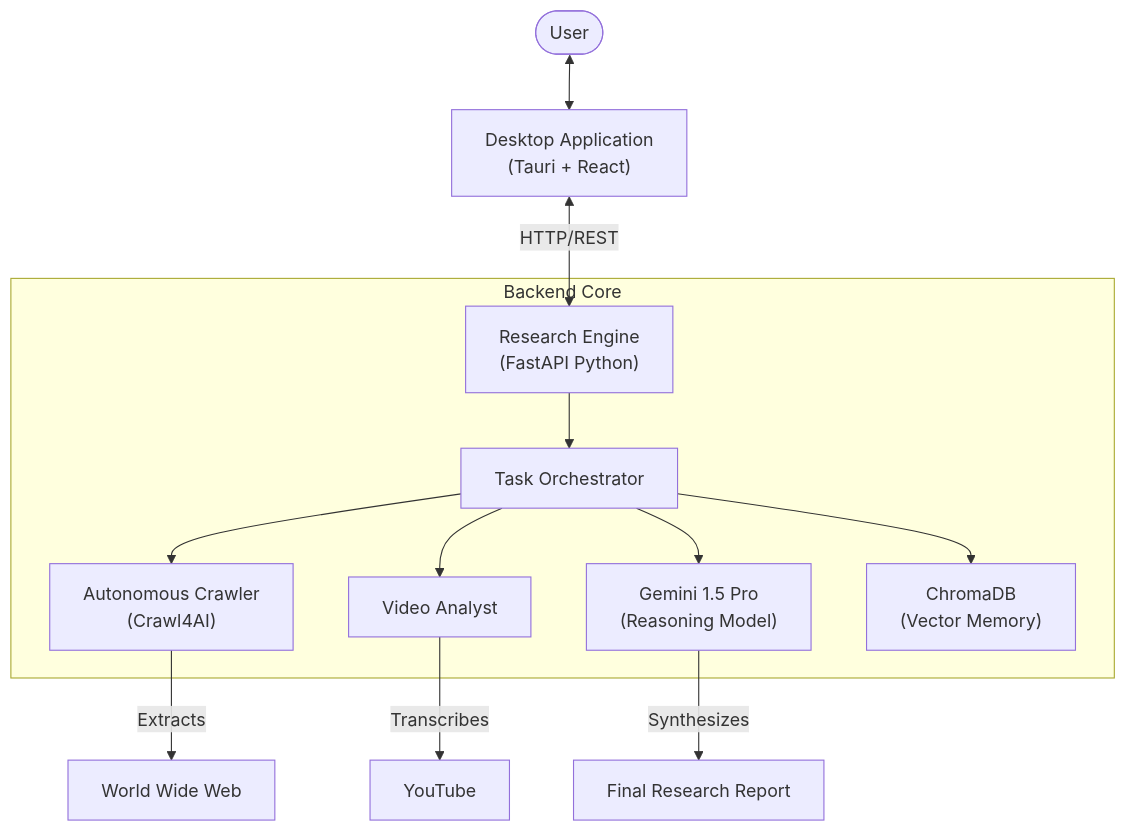
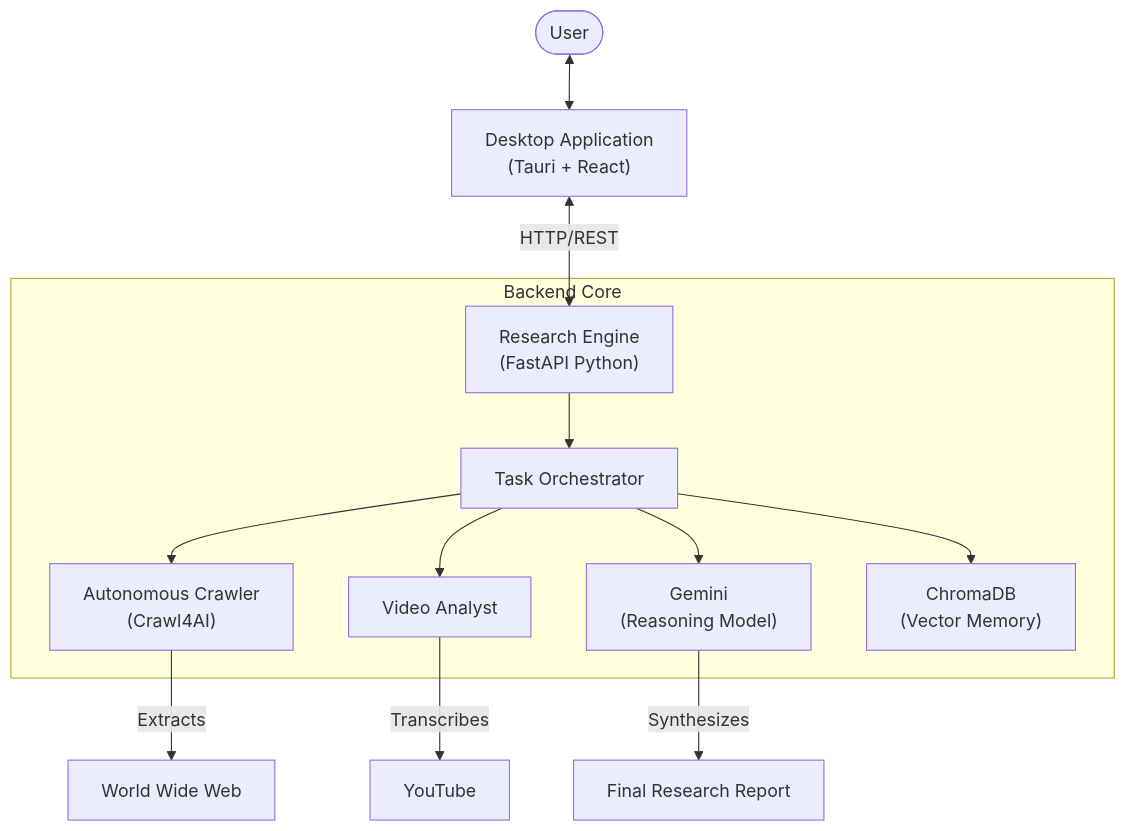
Before and after one commit to pixelThreader/Deep-Researcher: the diagram in README.md, drawn with Mermaid.

Commit message:
Only Gemini

````diff
--- a/README.md
+++ b/README.md
@@ -16,17 +16,17 @@
 ```mermaid
 graph TD
     User([User]) <--> UI["Desktop Application<br/>(Tauri + React)"]
     UI <-->|HTTP/REST| API["Research Engine<br/>(FastAPI Python)"]
     
     subgraph "Backend Core"
         API --> Orchestrator[Task Orchestrator]
         Orchestrator --> Crawler["Autonomous Crawler<br/>(Crawl4AI)"]
         Orchestrator --> Youtube[Video Analyst]
-        Orchestrator --> Gemini["Gemini 1.5 Pro<br/>(Reasoning Model)"]
+        Orchestrator --> Gemini["Gemini<br/>(Reasoning Model)"]
         Orchestrator --> Chroma["ChromaDB<br/>(Vector Memory)"]
     end
     
     Crawler -->|Extracts| Web[World Wide Web]
     Youtube -->|Transcribes| YT[YouTube]
     Gemini -->|Synthesizes| Report[Final Research Report]
 ```
````
